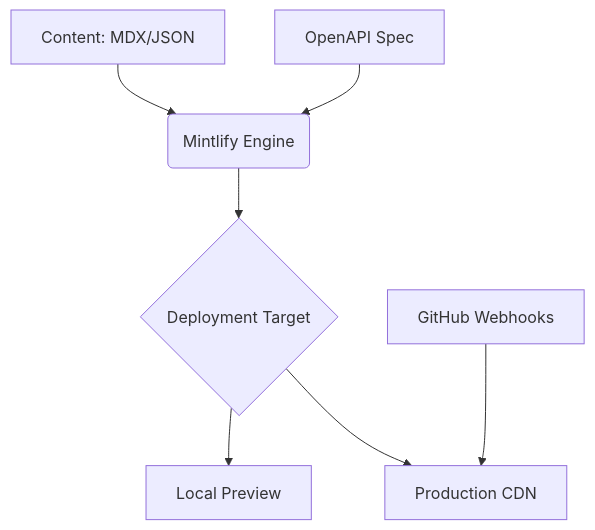
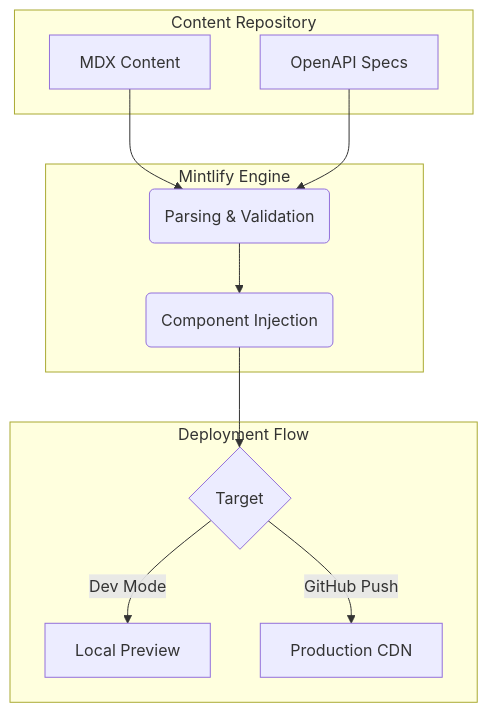
Before and after one commit to resq-software/docs: the diagram in README.md, drawn with Mermaid. The commit also changed other lines of this file, not shown here.

Commit message:
docs: update README with AI-generated content

````diff
--- a/README.md
+++ b/README.md
@@ -38,9 +24,25 @@
 ```mermaid
-graph TD
-    A[Content: MDX/JSON] --> B(Mintlify Engine)
-    B --> C{Deployment Target}
-    C --> D[Local Preview]
-    C --> E[Production CDN]
-    F[OpenAPI Spec] --> B
-    G[GitHub Webhooks] --> E
+flowchart TD
+    subgraph Source["Content Repository"]
+        A[MDX Content]
+        B[OpenAPI Specs]
+    end
+
+    subgraph Processing["Mintlify Engine"]
+        C(Parsing & Validation)
+        D(Component Injection)
+    end
+
+    subgraph Output["Deployment Flow"]
+        E{Target}
+        F[Local Preview]
+        G[Production CDN]
+    end
+
+    A --> C
+    B --> C
+    C --> D
+    D --> E
+    E -->|Dev Mode| F
+    E -->|GitHub Push| G
 ```
````
